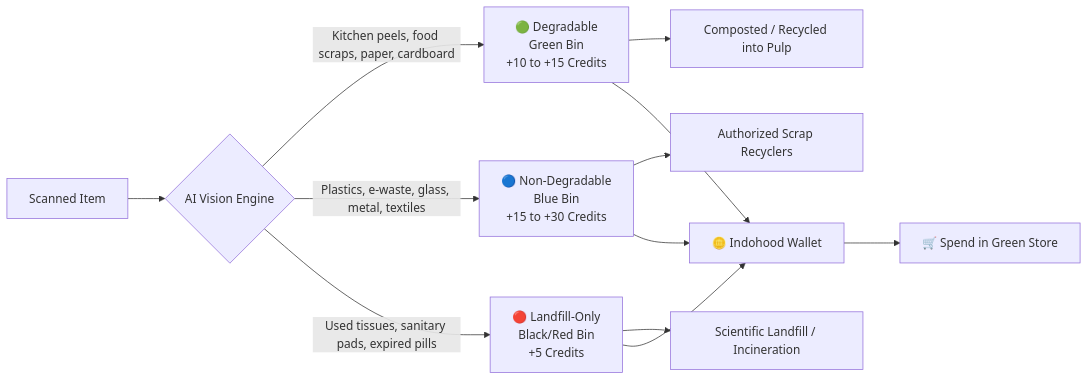
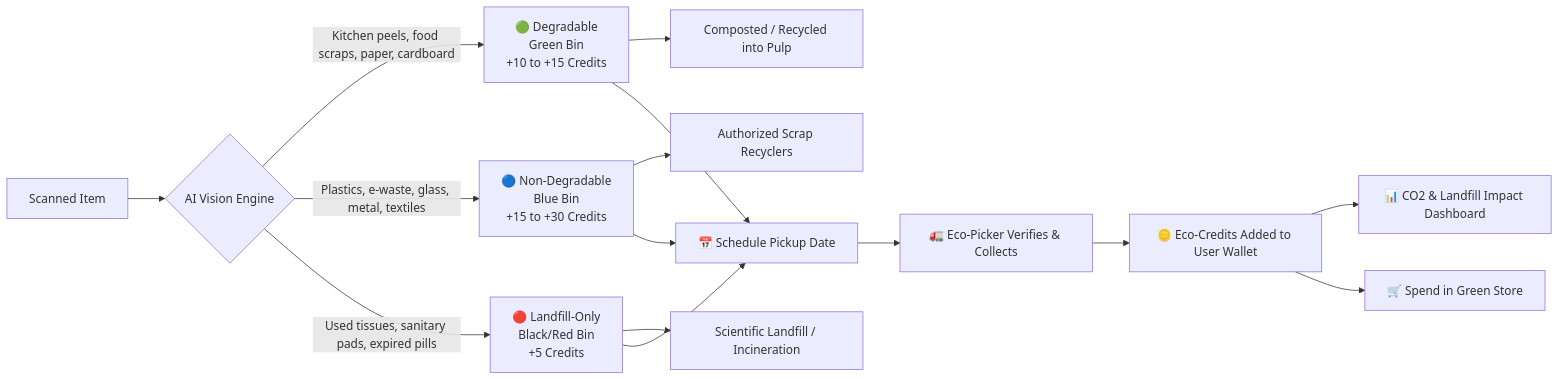
Before and after one commit to aakashshakya0001-png/Indohood: the second of 2 diagrams in ARCHITECTURE.md, drawn with Mermaid. The commit also changed other lines of this file, not shown here.

Commit message:
docs: detail pickup scheduling, picker verification, and carbon impact lifecycle

````diff
--- a/ARCHITECTURE.md
+++ b/ARCHITECTURE.md
@@ -54,14 +52,17 @@
 ```mermaid
 flowchart LR
     A[Scanned Item] --> B{AI Vision Engine}
     B -->|Kitchen peels, food scraps, paper, cardboard| C[🟢 Degradable\nGreen Bin\n+10 to +15 Credits]
     B -->|Plastics, e-waste, glass, metal, textiles| D[🔵 Non-Degradable\nBlue Bin\n+15 to +30 Credits]
     B -->|Used tissues, sanitary pads, expired pills| E[🔴 Landfill-Only\nBlack/Red Bin\n+5 Credits]
 
     C --> F[Composted / Recycled into Pulp]
     D --> G[Authorized Scrap Recyclers]
     E --> H[Scientific Landfill / Incineration]
 
-    C & D & E --> I[🪙 Indohood Wallet]
-    I --> J[🛒 Spend in Green Store]
+    C & D & E --> I[📅 Schedule Pickup Date]
+    I --> J[🚛 Eco-Picker Verifies & Collects]
+    J --> K[🪙 Eco-Credits Added to User Wallet]
+    K --> L[📊 CO2 & Landfill Impact Dashboard]
+    K --> M[🛒 Spend in Green Store]
 ```
````
